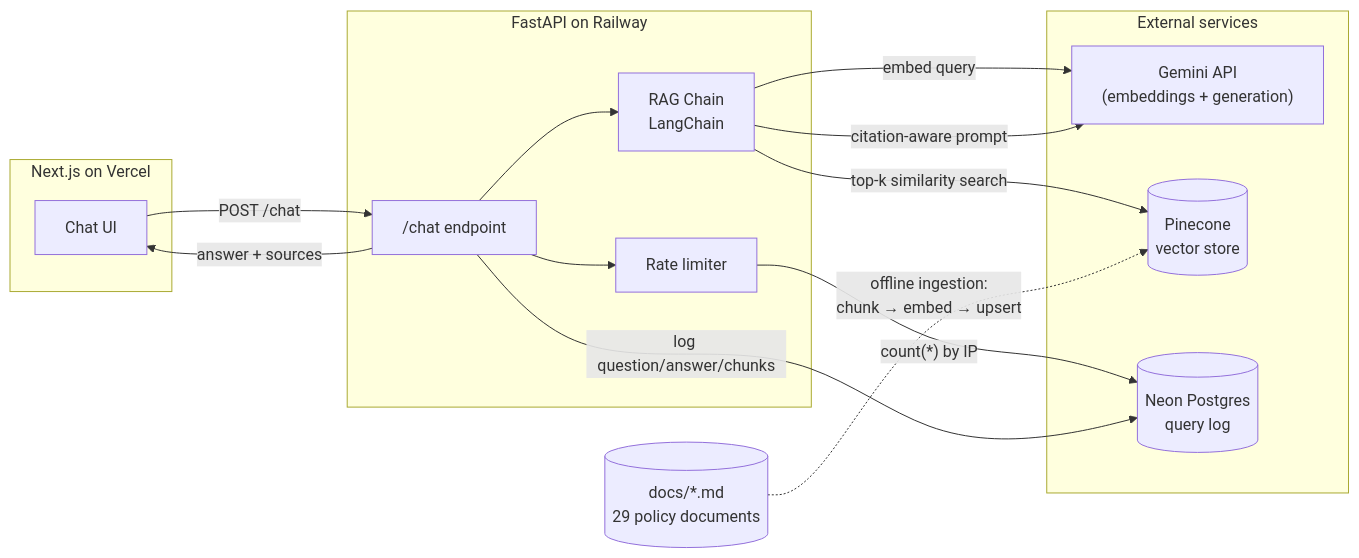
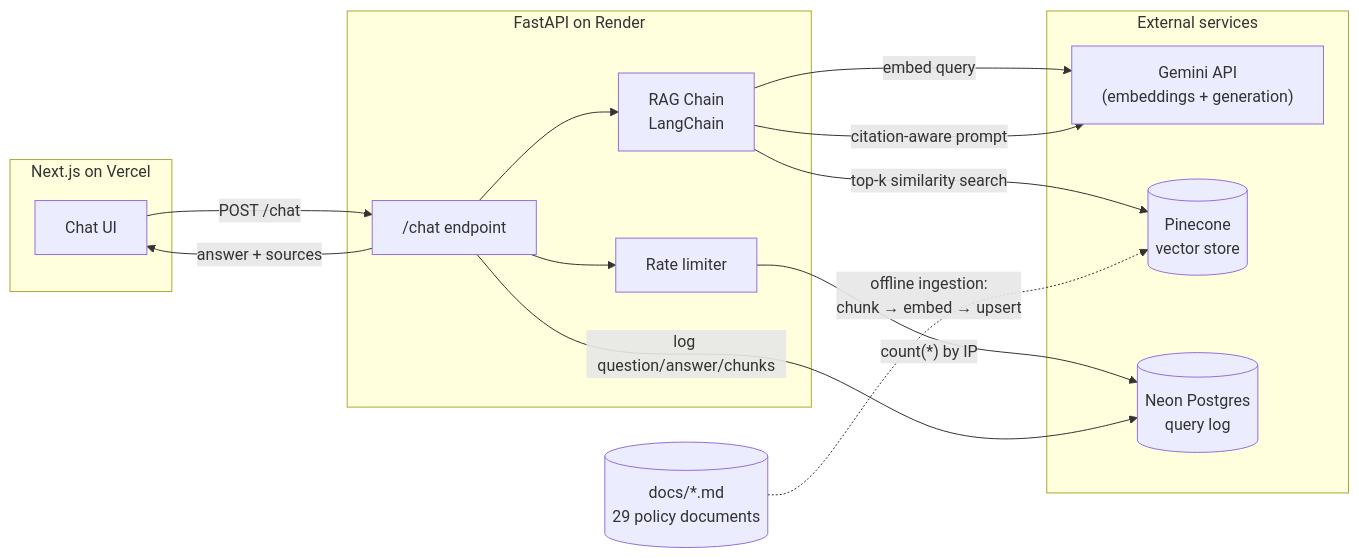
One commit to TheOneAndOnlyNjabulo/baobab-freight changed the diagram in README.md. Above: the diagram before and after it, drawn with Mermaid. The commit also changed other lines of this file, not shown here.

Commit message:
move backend hosting from Railway to Render in README

````diff
--- a/README.md
+++ b/README.md
@@ -23,30 +23,30 @@
 ```mermaid
 flowchart LR
     subgraph Frontend["Next.js on Vercel"]
         UI[Chat UI]
     end
 
-    subgraph Backend["FastAPI on Railway"]
+    subgraph Backend["FastAPI on Render"]
         API["/chat endpoint"]
         RAG[RAG Chain<br/>LangChain]
         RateLimit[Rate limiter]
     end
 
     subgraph External["External services"]
         Gemini["Gemini API<br/>(embeddings + generation)"]
         Pinecone[(Pinecone<br/>vector store)]
         Neon[(Neon Postgres<br/>query log)]
     end
 
     UI -- "POST /chat" --> API
     API --> RateLimit
     RateLimit -- "count(*) by IP" --> Neon
     API --> RAG
     RAG -- "embed query" --> Gemini
     RAG -- "top-k similarity search" --> Pinecone
     RAG -- "citation-aware prompt" --> Gemini
     API -- "log question/answer/chunks" --> Neon
     API -- "answer + sources" --> UI
 
     Docs[("docs/*.md<br/>29 policy documents")] -. "offline ingestion:<br/>chunk → embed → upsert" .-> Pinecone
 ```
````
